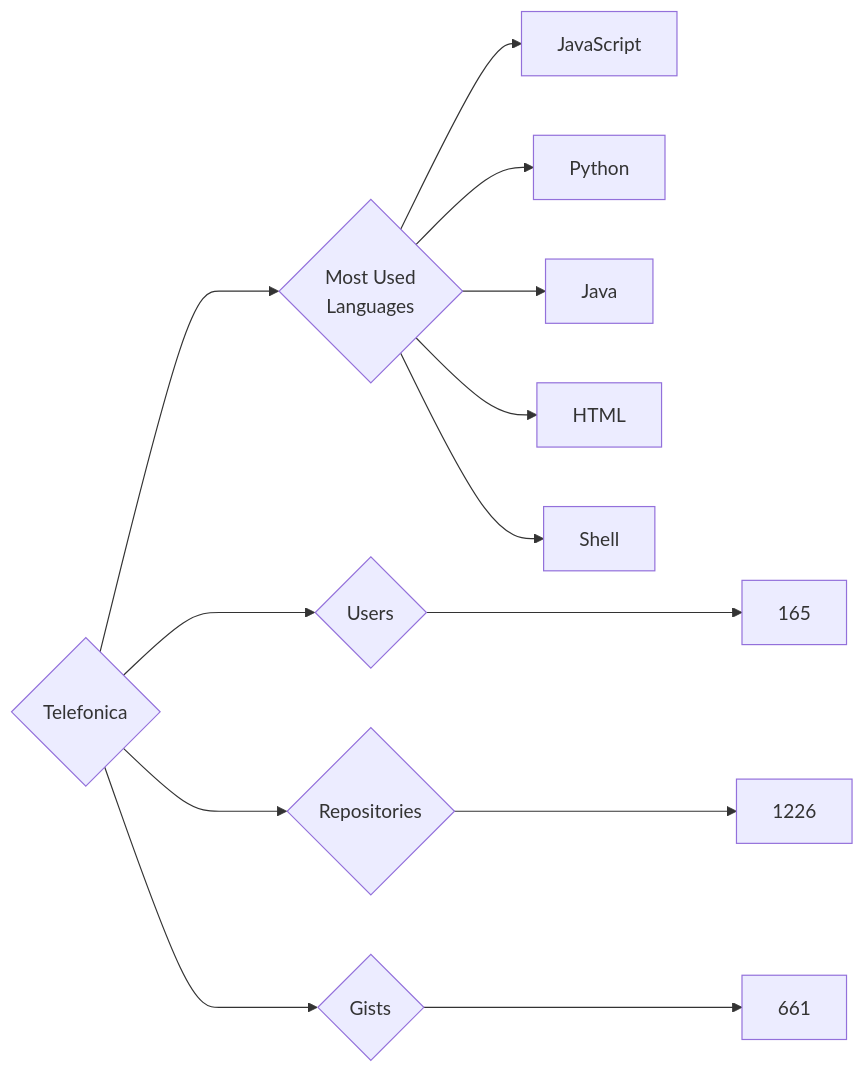
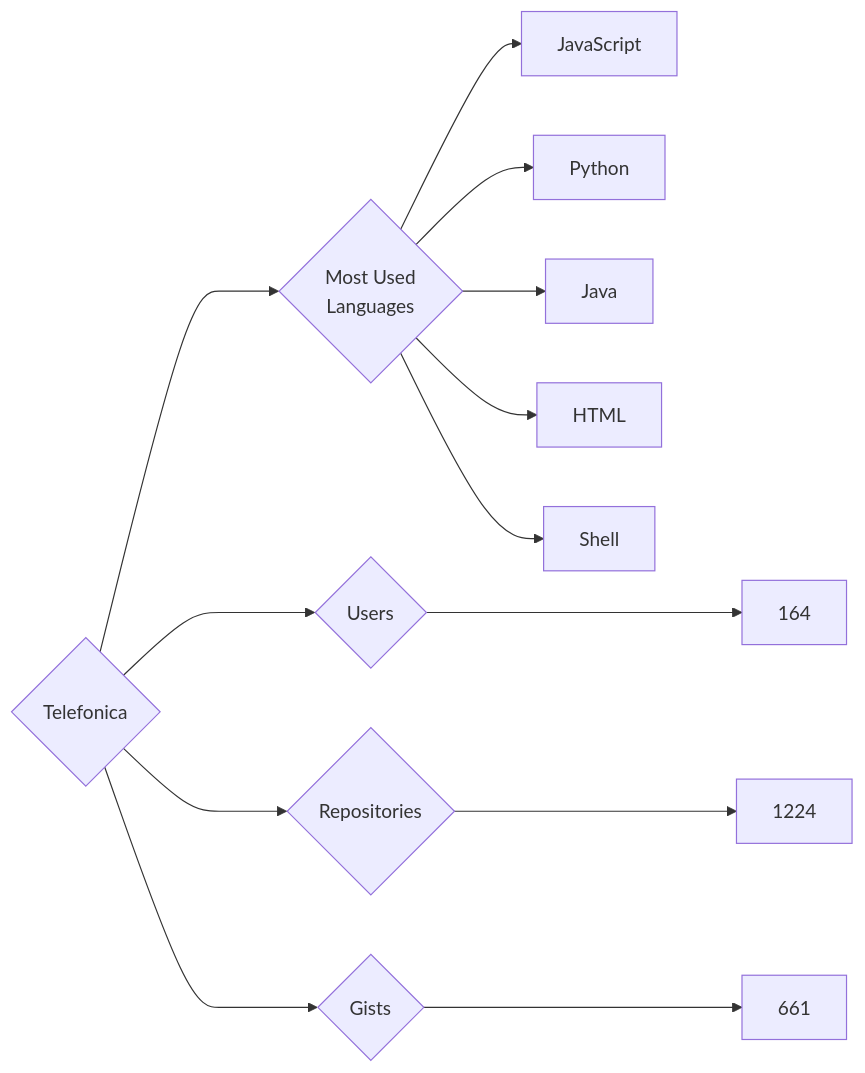
One commit to trickest/insiders changed the diagram in targets/Telefonica/README.md. Above: the diagram before and after it, drawn with Mermaid. The commit also changed 797 other files, not shown here.

````diff
--- a/targets/Telefonica/README.md
+++ b/targets/Telefonica/README.md
@@ -3,13 +3,13 @@
 ```mermaid
 graph LR
 COMPANY_NAME{Telefonica}
-COMPANY_NAME ---> U{Users} ---> UN[165]
-COMPANY_NAME ---> R{Repositories} ---> RN[1226]
+COMPANY_NAME ---> U{Users} ---> UN[164]
+COMPANY_NAME ---> R{Repositories} ---> RN[1224]
 COMPANY_NAME ---> G{Gists} ---> GN[661]
 COMPANY_NAME ---> ML{Most Used<br>Languages}
 ML --> JavaScript[JavaScript]
 ML --> Python[Python]
 ML --> Java[Java]
 ML --> HTML[HTML]
 ML --> Shell[Shell]
 ```
````
